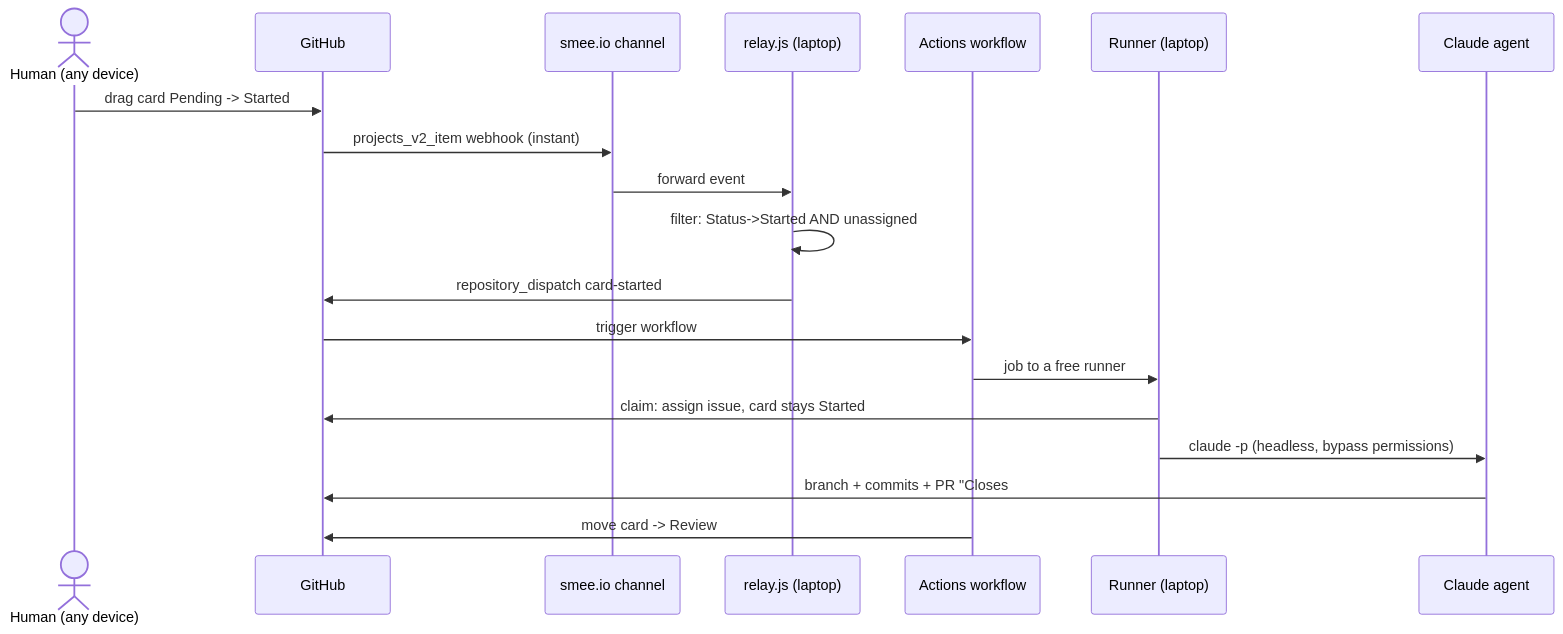
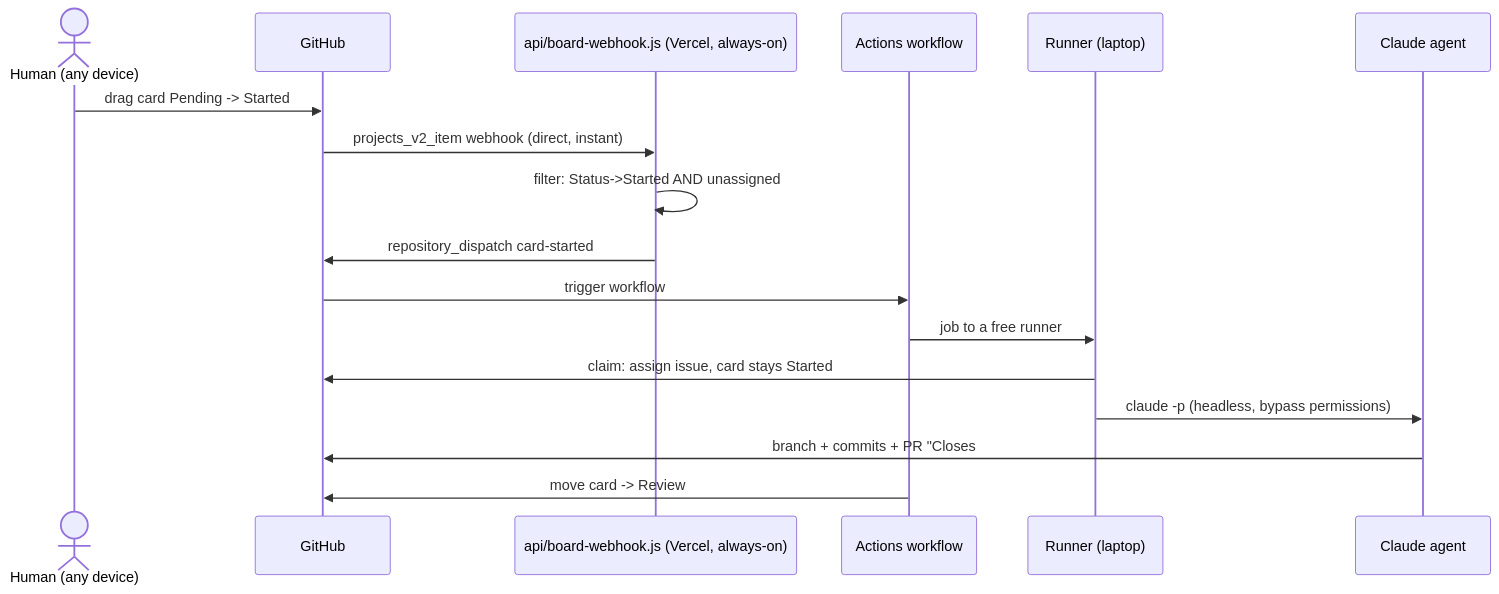
The diagram in wiki/VCP AI Workflow/Agent Dispatch Pipeline.md (Joeareval19/VCP-WebPage), drawn with Mermaid before and after one commit. The commit also changed other lines of this file and 6 other files, not shown here.

````diff
--- a/wiki/VCP AI Workflow/Agent Dispatch Pipeline.md
+++ b/wiki/VCP AI Workflow/Agent Dispatch Pipeline.md
@@ -11,22 +11,20 @@
 ```mermaid
 sequenceDiagram
     actor H as Human (any device)
     participant GH as GitHub
-    participant SM as smee.io channel
-    participant RL as relay.js (laptop)
+    participant BW as api/board-webhook.js (Vercel, always-on)
     participant WF as Actions workflow
     participant RN as Runner (laptop)
     participant CL as Claude agent
 
     H->>GH: drag card Pending -> Started
-    GH->>SM: projects_v2_item webhook (instant)
-    SM->>RL: forward event
-    RL->>RL: filter: Status->Started AND unassigned
-    RL->>GH: repository_dispatch card-started
+    GH->>BW: projects_v2_item webhook (direct, instant)
+    BW->>BW: filter: Status->Started AND unassigned
+    BW->>GH: repository_dispatch card-started
     GH->>WF: trigger workflow
     WF->>RN: job to a free runner
     RN->>GH: claim: assign issue, card stays Started
     RN->>CL: claude -p (headless, bypass permissions)
     CL->>GH: branch + commits + PR "Closes #N"
     WF->>GH: move card -> Review
 ```
````
